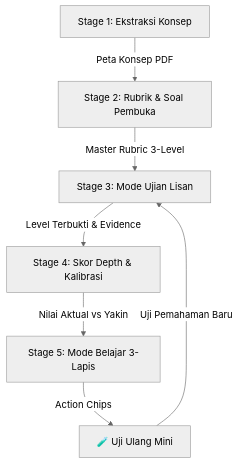
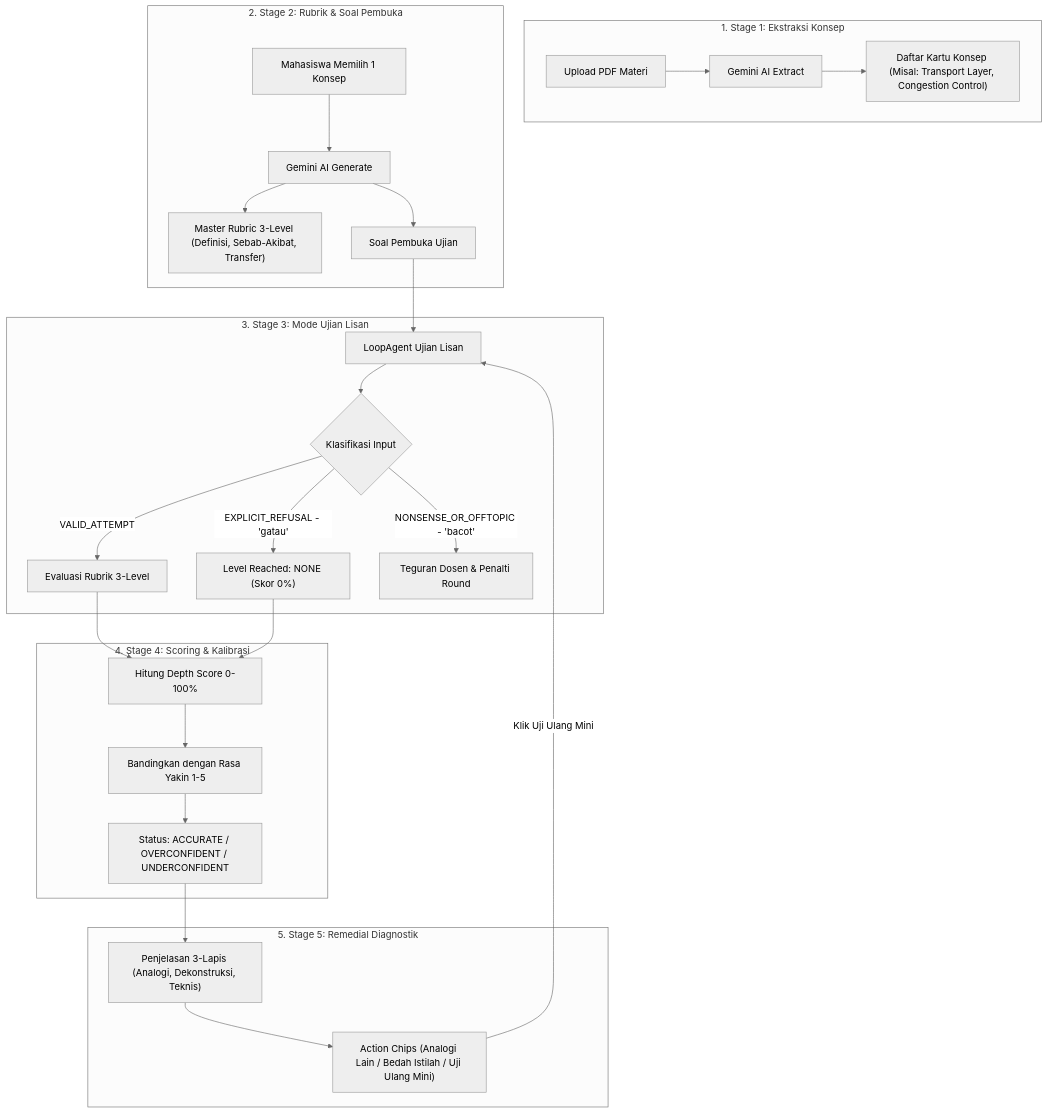
The diagram in AI_SYSTEM_FLOW_PRESENTATION.md (zidan-maulana/Nalar), drawn with Mermaid (neutral theme) before and after one commit. The commit also changed other lines of this file, not shown here.

Commit message:
docs(presentation): add Tech Stack reasoning and clarify Stage 1 concept cards selection flow

````diff
--- a/AI_SYSTEM_FLOW_PRESENTATION.md
+++ b/AI_SYSTEM_FLOW_PRESENTATION.md
@@ -34,9 +37,33 @@
 ```mermaid
-flowchart TD
-    S1[Stage 1: Ekstraksi Konsep] -->|Peta Konsep PDF| S2[Stage 2: Rubrik & Soal Pembuka]
-    S2 -->|Master Rubric 3-Level| S3[Stage 3: Mode Ujian Lisan]
-    S3 -->|Level Terbukti & Evidence| S4[Stage 4: Skor Depth & Kalibrasi]
-    S4 -->|Nilai Aktual vs Yakin| S5[Stage 5: Mode Belajar 3-Lapis]
-    S5 -->|Action Chips| Retest[🧪 Uji Ulang Mini]
-    Retest -->|Uji Pemahaman Baru| S3
+graph TD
+    subgraph Stage1["1. Stage 1: Ekstraksi Konsep"]
+        A[Upload PDF Materi] --> B[Gemini AI Extract]
+        B --> C["Daftar Kartu Konsep (Misal: Transport Layer, Congestion Control)"]
+    end
+
+    subgraph Stage2["2. Stage 2: Rubrik & Soal Pembuka"]
+        D["Mahasiswa Memilih 1 Konsep"] --> E[Gemini AI Generate]
+        E --> F["Master Rubric 3-Level (Definisi, Sebab-Akibat, Transfer)"]
+        E --> G["Soal Pembuka Ujian"]
+    end
+
+    subgraph Stage3["3. Stage 3: Mode Ujian Lisan"]
+        G --> H["LoopAgent Ujian Lisan"]
+        H --> I{Klasifikasi Input}
+        I -->|VALID_ATTEMPT| J[Evaluasi Rubrik 3-Level]
+        I -->|EXPLICIT_REFUSAL - 'gatau'| K["Level Reached: NONE (Skor 0%)"]
+        I -->|NONSENSE_OR_OFFTOPIC - 'bacot'| L[Teguran Dosen & Penalti Round]
+    end
+
+    subgraph Stage4["4. Stage 4: Scoring & Kalibrasi"]
+        J & K --> M[Hitung Depth Score 0-100%]
+        M --> N[Bandingkan dengan Rasa Yakin 1-5]
+        N --> O["Status: ACCURATE / OVERCONFIDENT / UNDERCONFIDENT"]
+    end
+
+    subgraph Stage5["5. Stage 5: Remedial Diagnostik"]
+        O --> P["Penjelasan 3-Lapis (Analogi, Dekonstruksi, Teknis)"]
+        P --> Q["Action Chips (Analogi Lain / Bedah Istilah / Uji Ulang Mini)"]
+        Q -->|Klik Uji Ulang Mini| H
+    end
 ```
````
